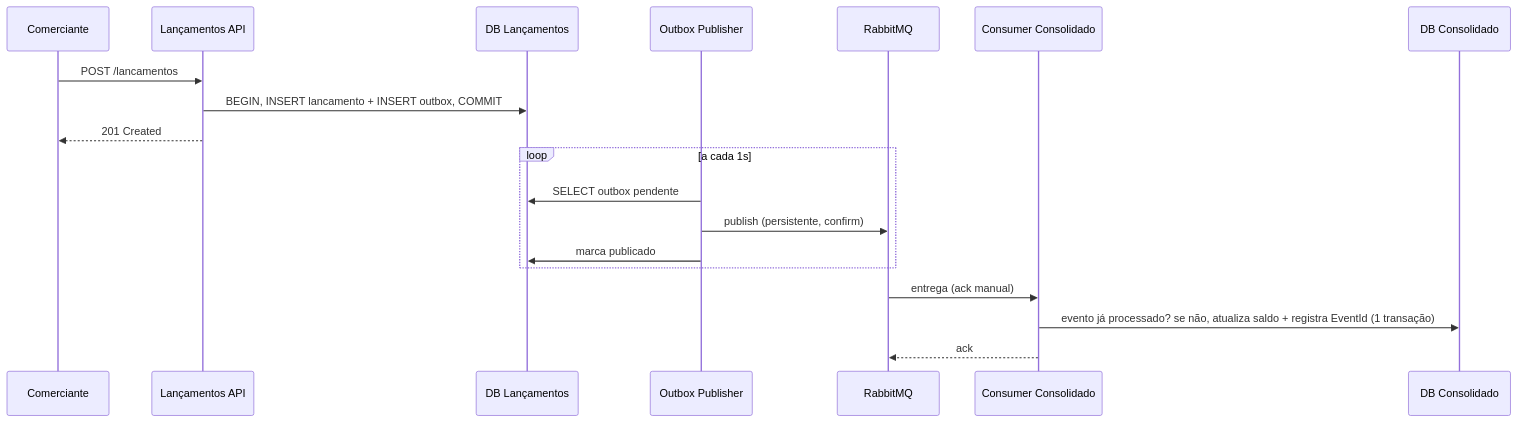
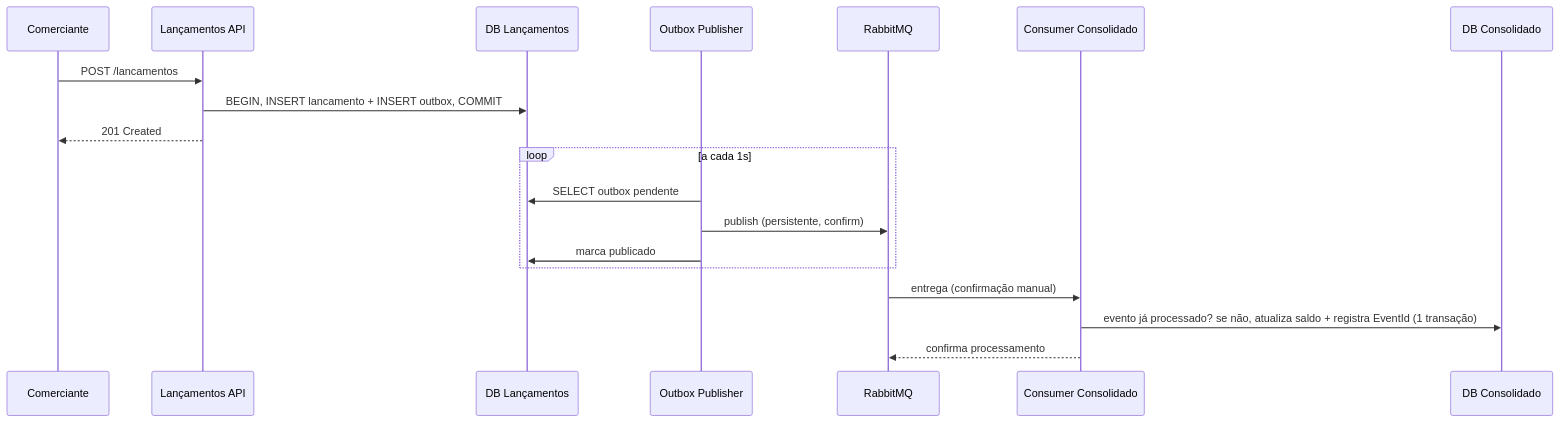
Before and after one commit to AugustinhoCelestino/verx: the third of 3 diagrams in docs/02-arquitetura-alvo.md, drawn with Mermaid. The commit also changed other lines of this file and 1 other file, not shown here.

Commit message:
Docs: substitui o termo ack por confirmação de processamento

````diff
--- a/docs/02-arquitetura-alvo.md
+++ b/docs/02-arquitetura-alvo.md
@@ -53,21 +53,21 @@
 ```mermaid
 sequenceDiagram
     participant U as Comerciante
     participant L as Lançamentos API
     participant DB as DB Lançamentos
     participant O as Outbox Publisher
     participant B as RabbitMQ
     participant C as Consumer Consolidado
     participant CDB as DB Consolidado
     U->>L: POST /lancamentos
     L->>DB: BEGIN, INSERT lancamento + INSERT outbox, COMMIT
     L-->>U: 201 Created
     loop a cada 1s
       O->>DB: SELECT outbox pendente
       O->>B: publish (persistente, confirm)
       O->>DB: marca publicado
     end
-    B->>C: entrega (ack manual)
+    B->>C: entrega (confirmação manual)
     C->>CDB: evento já processado? se não, atualiza saldo + registra EventId (1 transação)
-    C-->>B: ack
+    C-->>B: confirma processamento
 ```
````
